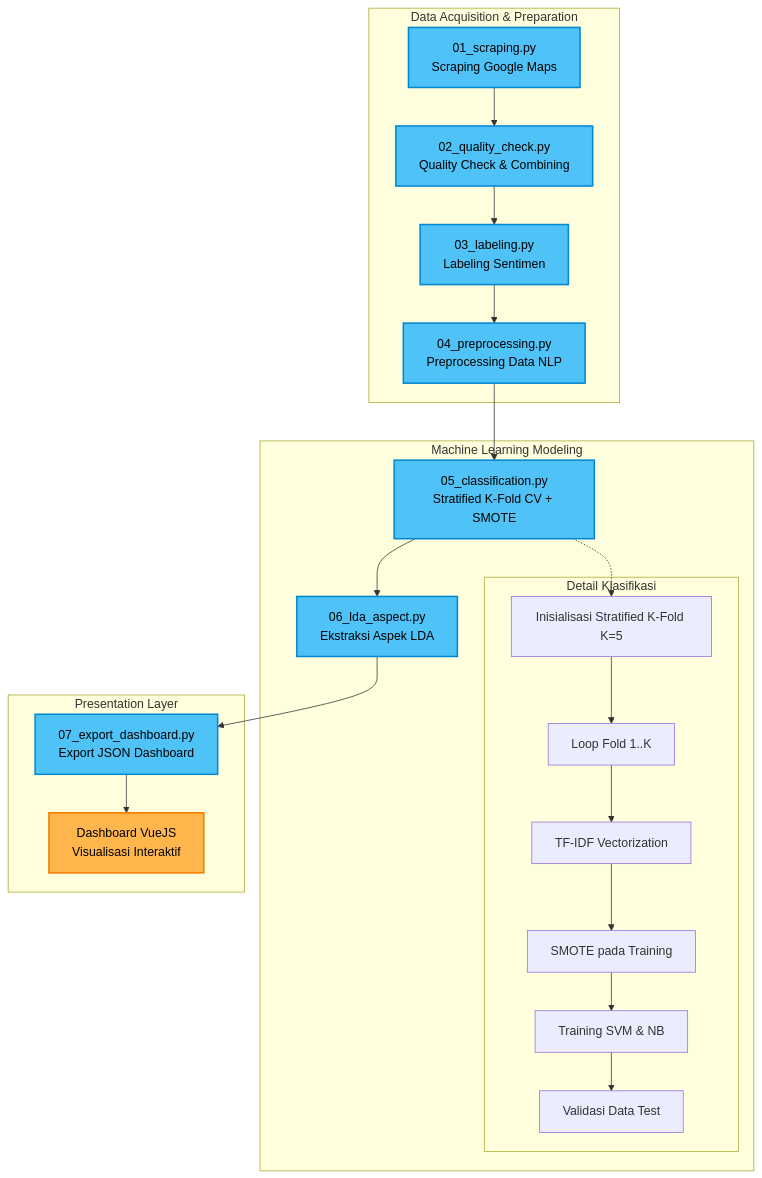
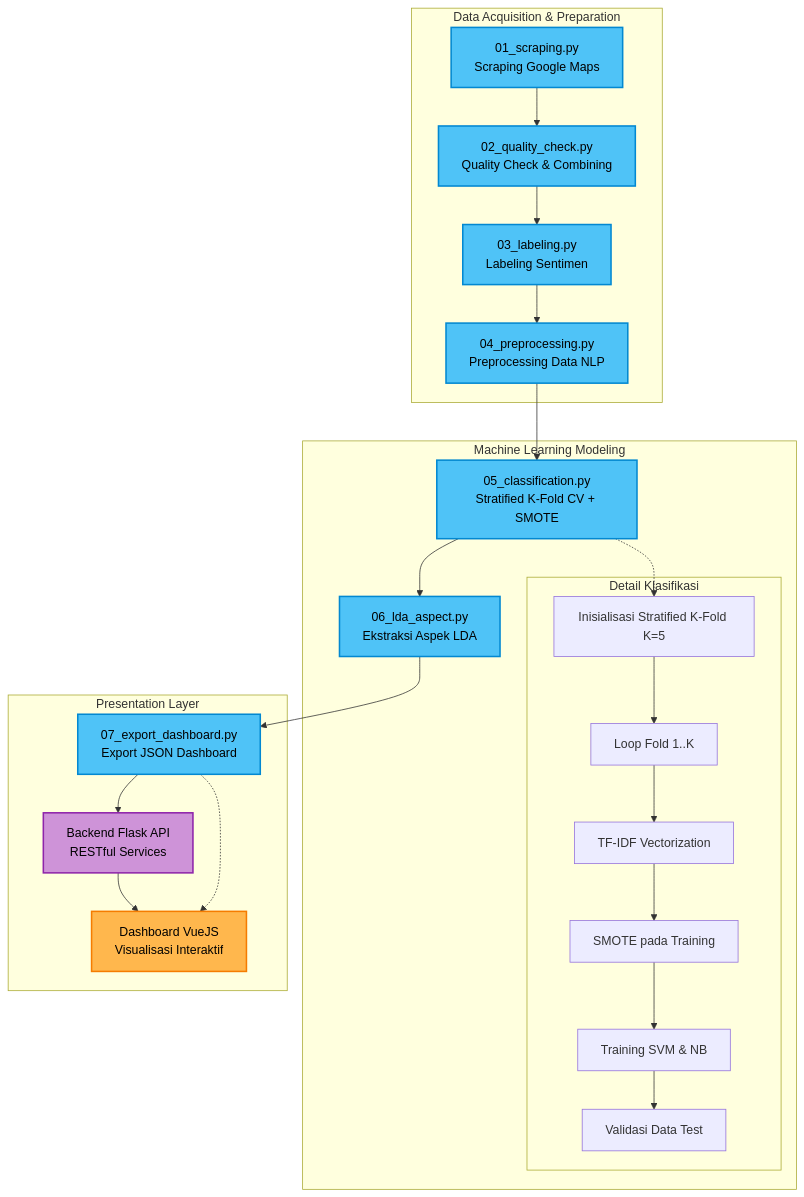
Before and after one commit to andhikabagaskara-IT/ABSAMieGacoan: the diagram in mermaidflowchart.md, drawn with Mermaid. The commit also changed other lines of this file and 68 other files, not shown here.

````diff
--- a/mermaidflowchart.md
+++ b/mermaidflowchart.md
@@ -5,34 +5,38 @@
 ```mermaid
 graph TD
     subgraph "Data Acquisition & Preparation"
         A[01_scraping.py<br/>Scraping Google Maps] --> B[02_quality_check.py<br/>Quality Check & Combining]
         B --> C[03_labeling.py<br/>Labeling Sentimen]
         C --> D[04_preprocessing.py<br/>Preprocessing Data NLP]
     end
 
     subgraph "Machine Learning Modeling"
         D --> E[05_classification.py<br/>Stratified K-Fold CV + SMOTE]
         E --> F[06_lda_aspect.py<br/>Ekstraksi Aspek LDA]
 
         subgraph "Detail Klasifikasi"
             E1[Inisialisasi Stratified K-Fold K=5] --> E2[Loop Fold 1..K]
             E2 --> E3[TF-IDF Vectorization]
             E3 --> E4[SMOTE pada Training]
             E4 --> E5[Training SVM & NB]
             E5 --> E6[Validasi Data Test]
         end
         E -.-> E1
     end
 
     subgraph "Presentation Layer"
         F --> G[07_export_dashboard.py<br/>Export JSON Dashboard]
-        G --> H[Dashboard VueJS<br/>Visualisasi Interaktif]
+        G --> H[Backend Flask API<br/>RESTful Services]
+        H --> I[Dashboard VueJS<br/>Visualisasi Interaktif]
+        G -.-> I
     end
 
     classDef python fill:#4FC3F7,stroke:#0288D1,stroke-width:2px,color:#000
     classDef output fill:#81C784,stroke:#388E3C,stroke-width:2px,color:#000
     classDef ui fill:#FFB74D,stroke:#F57C00,stroke-width:2px,color:#000
+    classDef backend fill:#CE93D8,stroke:#8E24AA,stroke-width:2px,color:#000
 
     class A,B,C,D,E,F,G python
-    class H ui
+    class H backend
+    class I ui
 ```
````
